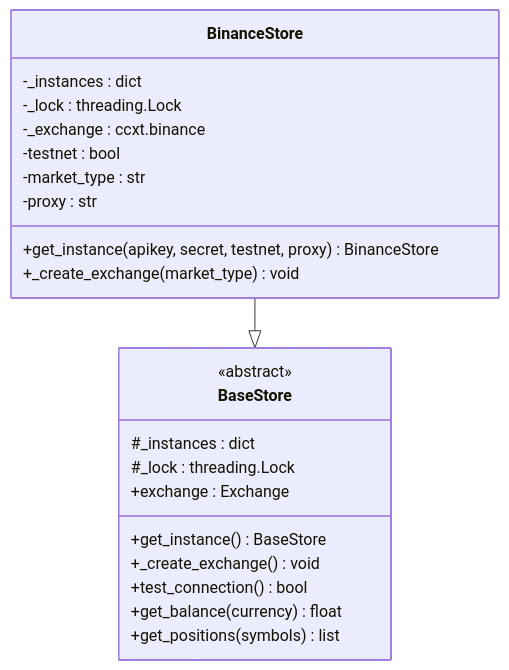
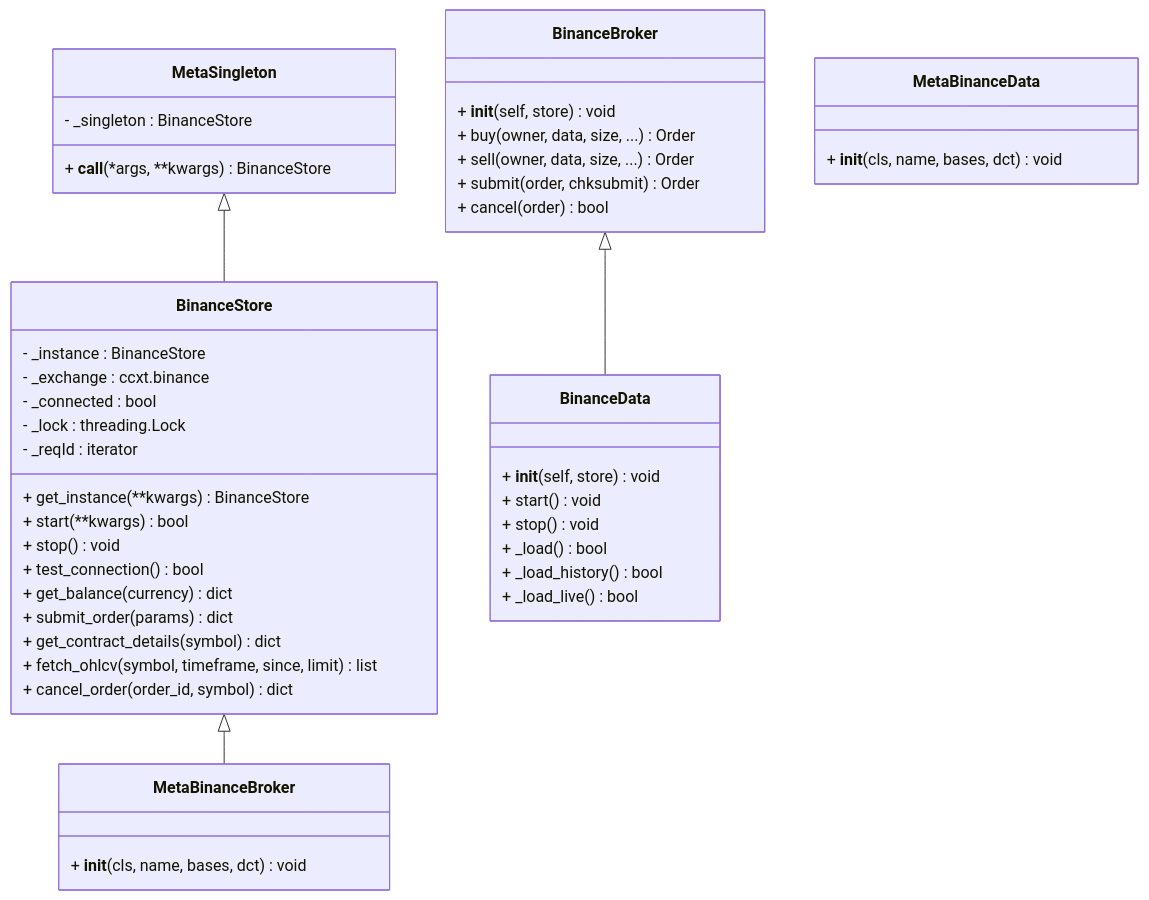
Before and after one commit to bench-prog/backtrader: the third of 3 diagrams in .qoder/repowiki/zh/content/实盘交易模块/Binance交易所集成/Binance交易所集成.md, drawn with Mermaid. The commit also changed other lines of this file and 23 other files, not shown here.

````diff
--- a/.qoder/repowiki/zh/content/实盘交易模块/Binance交易所集成/Binance交易所集成.md
+++ b/.qoder/repowiki/zh/content/实盘交易模块/Binance交易所集成/Binance交易所集成.md
@@ -220,25 +176,47 @@
 ```mermaid
 classDiagram
+class MetaSingleton {
+- _singleton : BinanceStore
++ __call__(*args, **kwargs) BinanceStore
+}
 class BinanceStore {
--_instances : dict
--_lock : threading.Lock
-+get_instance(apikey, secret, testnet, proxy) BinanceStore
-+_create_exchange(market_type) void
--_exchange : ccxt.binance
--testnet : bool
--market_type : str
--proxy : str
+- _instance : BinanceStore
+- _exchange : ccxt.binance
+- _connected : bool
+- _lock : threading.Lock
+- _reqId : iterator
++ get_instance(**kwargs) BinanceStore
++ start(**kwargs) bool
++ stop() void
++ test_connection() bool
++ get_balance(currency) dict
++ submit_order(params) dict
++ get_contract_details(symbol) dict
++ fetch_ohlcv(symbol, timeframe, since, limit) list
++ cancel_order(order_id, symbol) dict
 }
-class BaseStore {
-<<abstract>>
-#_instances : dict
-#_lock : threading.Lock
-+get_instance() BaseStore
-+_create_exchange() void
-+exchange : Exchange
-+test_connection() bool
-+get_balance(currency) float
-+get_positions(symbols) list
+class MetaBinanceBroker {
++ __init__(cls, name, bases, dct) void
 }
-BinanceStore --|> BaseStore
+class BinanceBroker {
++ __init__(self, store) void
++ buy(owner, data, size, ...) Order
++ sell(owner, data, size, ...) Order
++ submit(order, chksubmit) Order
++ cancel(order) bool
+}
+class MetaBinanceData {
++ __init__(cls, name, bases, dct) void
+}
+class BinanceData {
++ __init__(self, store) void
++ start() void
++ stop() void
++ _load() bool
++ _load_history() bool
++ _load_live() bool
+}
+MetaSingleton <|-- BinanceStore
+BinanceStore <|-- MetaBinanceBroker
+BinanceBroker <|-- BinanceData
 ```
````
